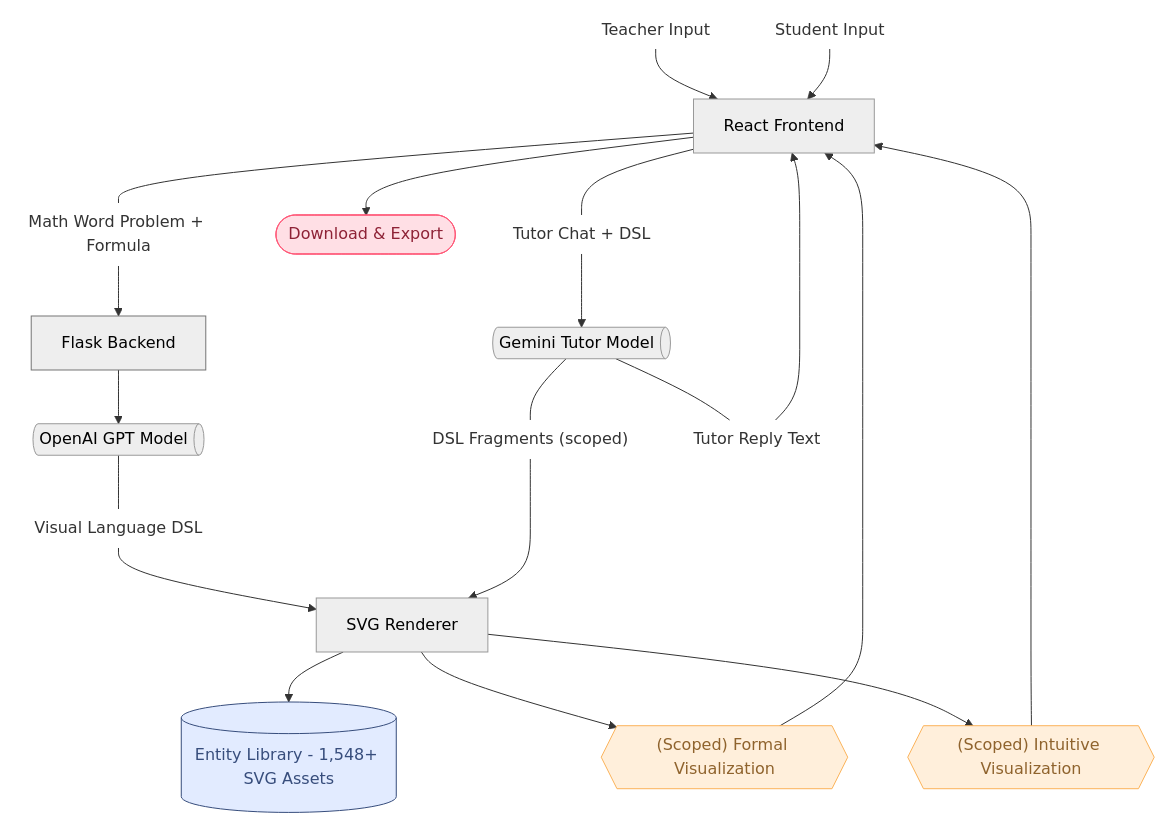
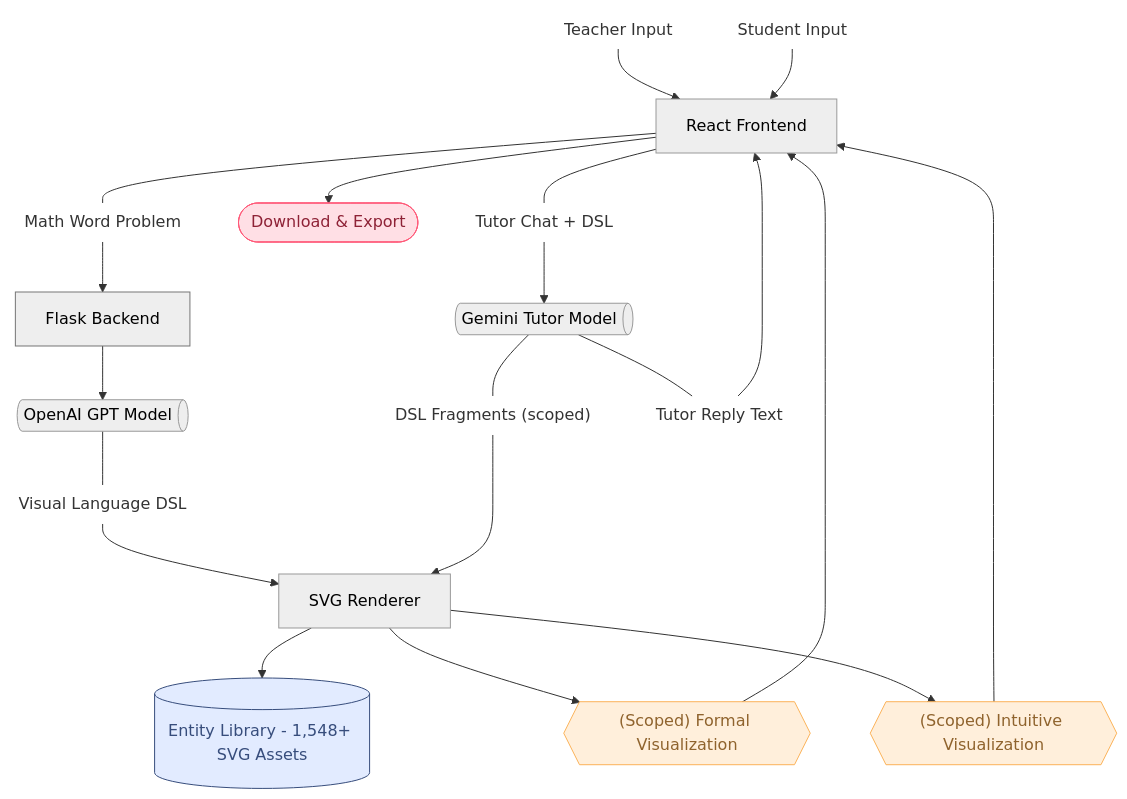
One commit to 7i6ht/math2visual changed the diagram in README.md. Above: the diagram before and after it, drawn with Mermaid.

Commit message:
Update README.md to refine visual generation terminology by removing "Formula" from the flowchart description

````diff
--- a/README.md
+++ b/README.md
@@ -65,53 +65,53 @@
 ```mermaid
 flowchart TD
     %% Teacher mode (visual generation)
     A["Teacher Input"] --> B["React Frontend"]
-    B --- C["Math Word Problem + Formula"]
+    B --- C["Math Word Problem"]
     B --> K["Download & Export"]
     C --> D["Flask Backend"]
     D --> E["OpenAI GPT Model"]
     E --- F["Visual Language DSL"]
     F --> G["SVG Renderer"]
     G --> H["Entity Library - 1,548+ SVG Assets"] & I["(Scoped) Formal Visualization"] & J["(Scoped) Intuitive Visualization"]
     I --> B
     J --> B
 
     %% Student mode (AI tutor using generated visuals)
     S["Student Input"] --> B
     B --- T["Tutor Chat + DSL"]
     T --> M["Gemini Tutor Model"]
     M --- N["DSL Fragments (scoped)"]
     M --- P["Tutor Reply Text"]
     P --> B
     N --> G
 
     A@{ shape: text}
     S@{ shape: text}
     C@{ shape: text}
     T@{ shape: text}
     P@{ shape: text}
     K@{ shape: terminal}
     E@{ shape: h-cyl}
     M@{ shape: h-cyl}
     F@{ shape: text}
     N@{ shape: text}
     H@{ shape: cyl}
     I@{ shape: hex}
     J@{ shape: hex}
      B:::Peach
      B:::Ash
      K:::Rose
      D:::Ash
      E:::Ash
      G:::Ash
      H:::Sky
      I:::Peach
      J:::Peach
      M:::Ash
     classDef Sky stroke-width:1px, stroke-dasharray:none, stroke:#374D7C, fill:#E2EBFF, color:#374D7C
     classDef Peach stroke-width:1px, stroke-dasharray:none, stroke:#FBB35A, fill:#FFEFDB, color:#8F632D
     classDef Rose stroke-width:1px, stroke-dasharray:none, stroke:#FF5978, fill:#FFDFE5, color:#8E2236
     classDef Class_01 fill:#FFF9C4
     classDef Ash stroke-width:1px, stroke-dasharray:none, stroke:#999999, fill:#EEEEEE, color:#000000
     style D stroke:#757575
 ```
````
